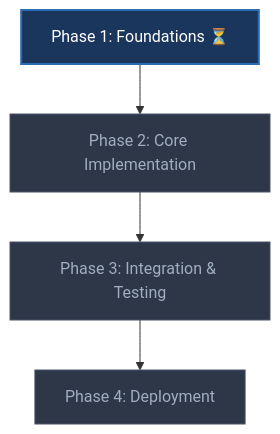
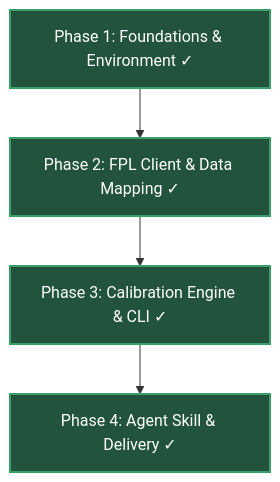
Before and after one commit to JubileeZ/jubilee-solio-calibrate: the diagram in ROADMAP.md, drawn with Mermaid. The commit also changed other lines of this file and 23 other files, not shown here.

Commit message:
feat: implement Solio team strength calibration engine, CLI, and skill

````diff
--- a/ROADMAP.md
+++ b/ROADMAP.md
@@ -25,11 +20,11 @@
 ```mermaid
 flowchart TD
-    P1["Phase 1: Foundations ⏳"] --> P2["Phase 2: Core Implementation"]
-    P2 --> P3["Phase 3: Integration & Testing"]
-    P3 --> P4["Phase 4: Deployment"]
+    P1["Phase 1: Foundations & Environment ✓"] --> P2["Phase 2: FPL Client & Data Mapping ✓"]
+    P2 --> P3["Phase 3: Calibration Engine & CLI ✓"]
+    P3 --> P4["Phase 4: Agent Skill & Delivery ✓"]
 
-    style P1 fill:#1a365d,stroke:#2b6cb0,stroke-width:2px,color:#fff
-    style P2 fill:#2d3748,stroke:#4a5568,stroke-width:1px,color:#a0aec0
-    style P3 fill:#2d3748,stroke:#4a5568,stroke-width:1px,color:#a0aec0
-    style P4 fill:#2d3748,stroke:#4a5568,stroke-width:1px,color:#a0aec0
+    style P1 fill:#22543d,stroke:#38a169,stroke-width:2px,color:#fff
+    style P2 fill:#22543d,stroke:#38a169,stroke-width:2px,color:#fff
+    style P3 fill:#22543d,stroke:#38a169,stroke-width:2px,color:#fff
+    style P4 fill:#22543d,stroke:#38a169,stroke-width:2px,color:#fff
 ```
````
